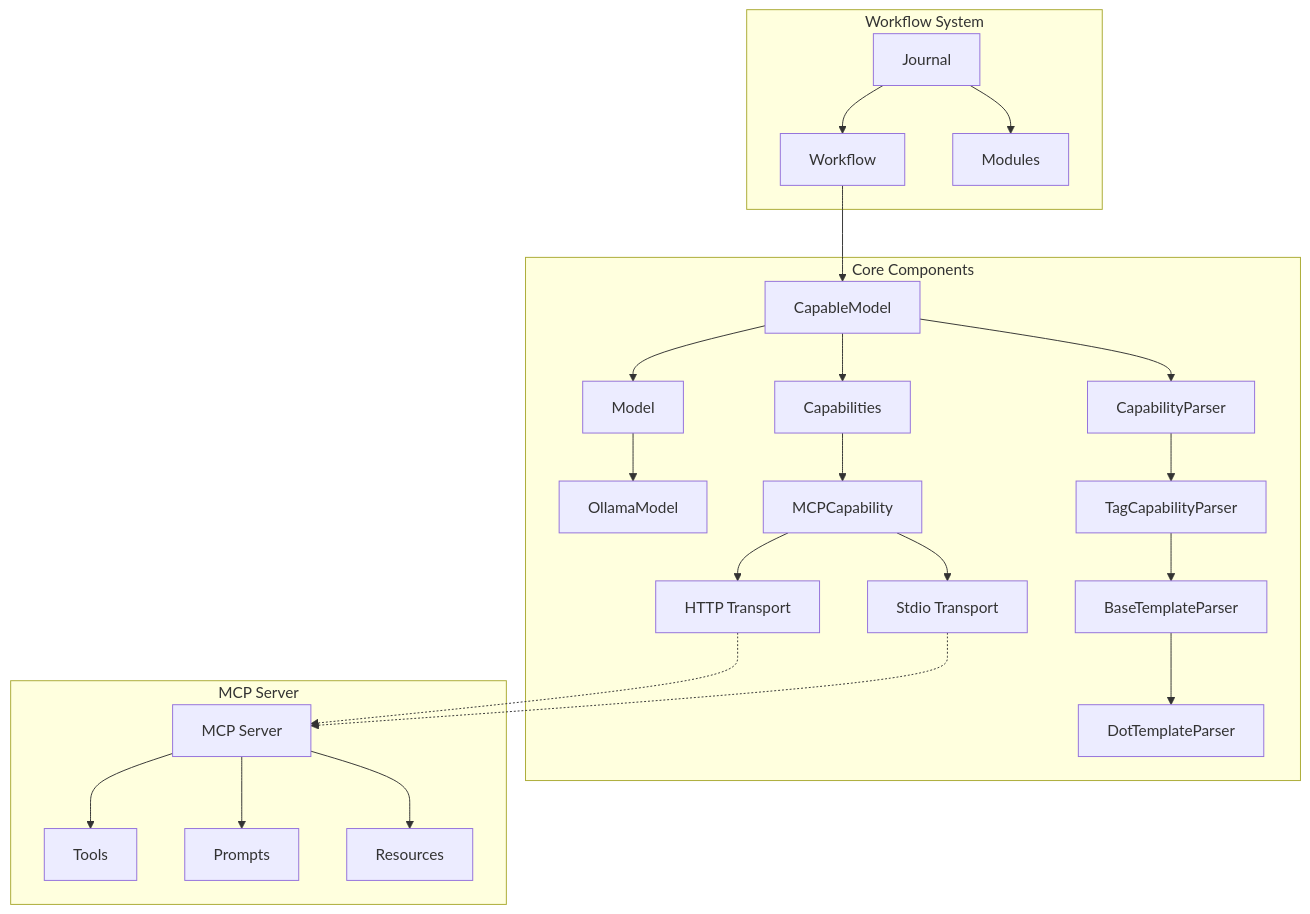
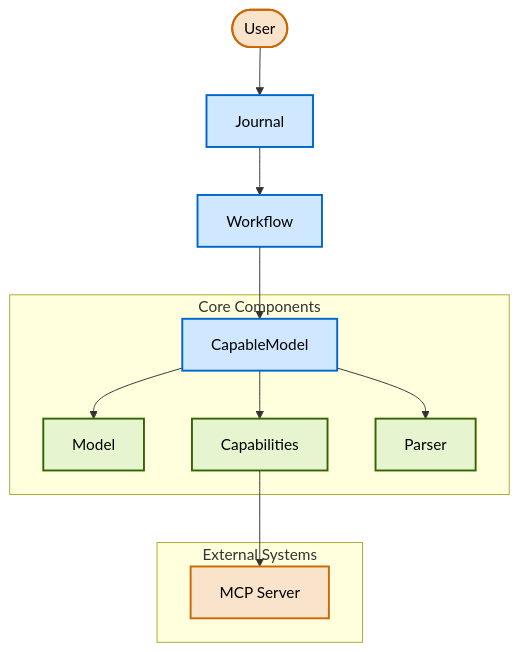
Before and after one commit to liamzdenek/ferment-ai: the first of 8 diagrams in README.md, drawn with Mermaid. The commit also changed other lines of this file and 3 other files, not shown here.

````diff
--- a/README.md
+++ b/README.md
@@ -63,38 +66,24 @@
 ```mermaid
-graph TD
+flowchart TB
+    classDef primary fill:#d0e8ff,stroke:#0066cc,stroke-width:2px,color:#000000
+    classDef secondary fill:#e6f5d0,stroke:#336600,stroke-width:2px,color:#000000
+    classDef external fill:#f9e4cb,stroke:#cc6600,stroke-width:2px,color:#000000
+    
+    User([User]) --> Journal[Journal]
+    Journal --> Workflow[Workflow]
+    Workflow --> CapableModel[CapableModel]
+    
     subgraph "Core Components"
-        CapableModel[CapableModel] --> BaseModel[Model]
+        CapableModel --> Model[Model]
         CapableModel --> Capabilities[Capabilities]
-        CapableModel --> Parser[CapabilityParser]
-        
-        BaseModel --> OllamaModel[OllamaModel]
-        Capabilities --> MCPCapability[MCPCapability]
-        Parser --> TagCapabilityParser[TagCapabilityParser]
-        
-        TagCapabilityParser --> BaseTemplateParser[BaseTemplateParser]
-        BaseTemplateParser --> DotTemplateParser[DotTemplateParser]
-        
-        MCPCapability --> HTTPTransport[HTTP Transport]
-        MCPCapability --> StdioTransport[Stdio Transport]
+        CapableModel --> Parser[Parser]
     end
     
-    subgraph "Workflow System"
-        Workflow[Workflow] --> CapableModel
-        Journal[Journal] --> Workflow
-        Journal --> Modules[Modules]
+    subgraph "External Systems"
+        Capabilities --> MCPServer[MCP Server]
     end
     
-    subgraph "MCP Server"
-        MCPServer[MCP Server]
-        Tools[Tools]
-        Prompts[Prompts]
-        Resources[Resources]
-        
-        MCPServer --> Tools
-        MCPServer --> Prompts
-        MCPServer --> Resources
-    end
-    
-    HTTPTransport -.-> MCPServer
-    StdioTransport -.-> MCPServer
+    class Journal,Workflow,CapableModel primary
+    class Model,Capabilities,Parser secondary
+    class MCPServer,User external
 ```
````
